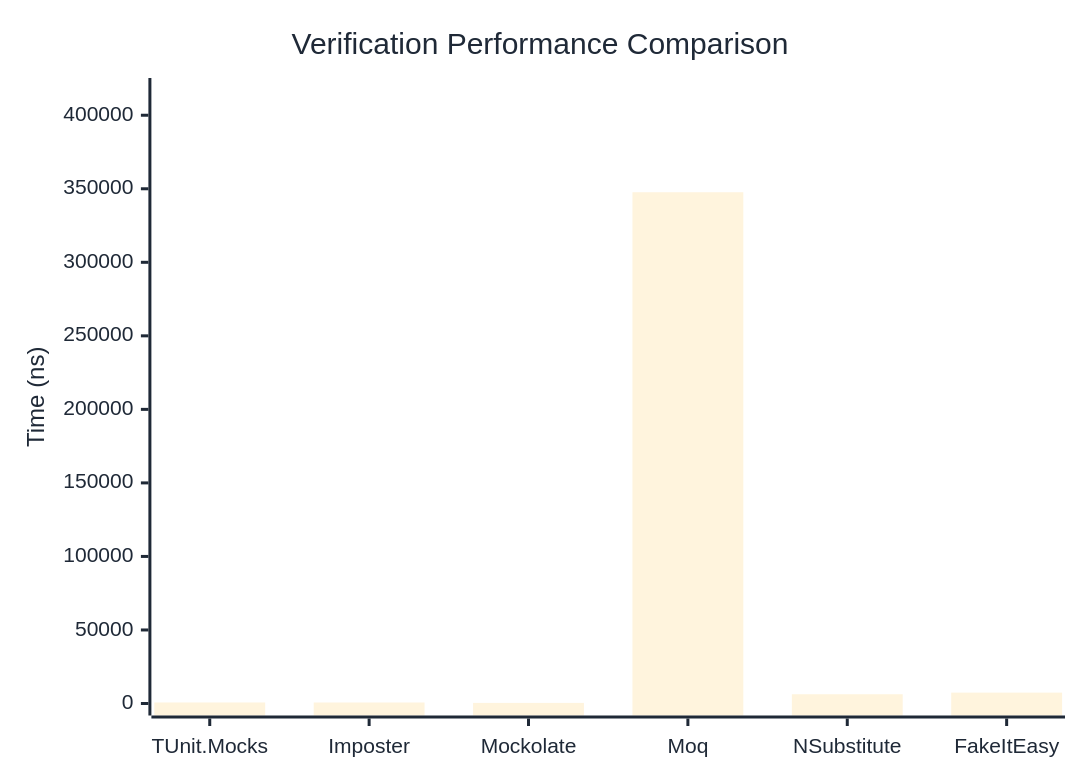
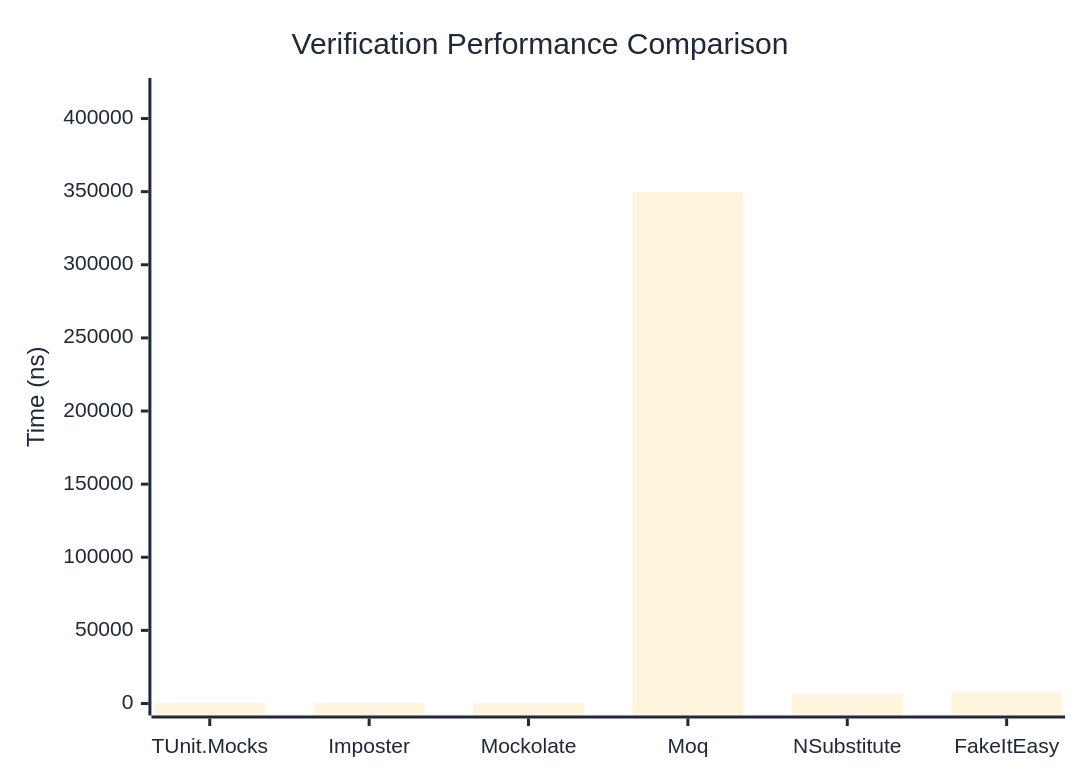
One commit to thomhurst/TUnit changed the first of 3 diagrams in docs/docs/benchmarks/mocks/Verification.md. Above: the diagram before and after it, drawn with Mermaid. The commit also changed other lines of this file and 14 other files, not shown here.

````diff
--- a/docs/docs/benchmarks/mocks/Verification.md
+++ b/docs/docs/benchmarks/mocks/Verification.md
@@ -30,27 +30,27 @@
 ```mermaid
 %%{init: {
   'theme':'base',
   'themeVariables': {
     'primaryColor': '#2563eb',
     'primaryTextColor': '#1f2937',
     'primaryBorderColor': '#1e40af',
     'lineColor': '#6b7280',
     'secondaryColor': '#7c3aed',
     'tertiaryColor': '#dc2626',
     'background': '#ffffff',
     'pie1': '#2563eb',
     'pie2': '#7c3aed',
     'pie3': '#dc2626',
     'pie4': '#f59e0b',
     'pie5': '#10b981',
     'pie6': '#06b6d4',
     'pie7': '#ec4899',
     'pie8': '#6366f1'
   }
 }}%%
 xychart-beta
   title "Verification Performance Comparison"
   x-axis ["TUnit.Mocks", "Imposter", "Mockolate", "Moq", "NSubstitute", "FakeItEasy"]
-  y-axis "Time (ns)" 0 --> 417163
-  bar [689.1, 684.66, 406.49, 347635.64, 6283.63, 7407.38]
+  y-axis "Time (ns)" 0 --> 419526
+  bar [730.16, 700.83, 419.96, 349604.63, 6546.07, 7674.36]
 ```
````
